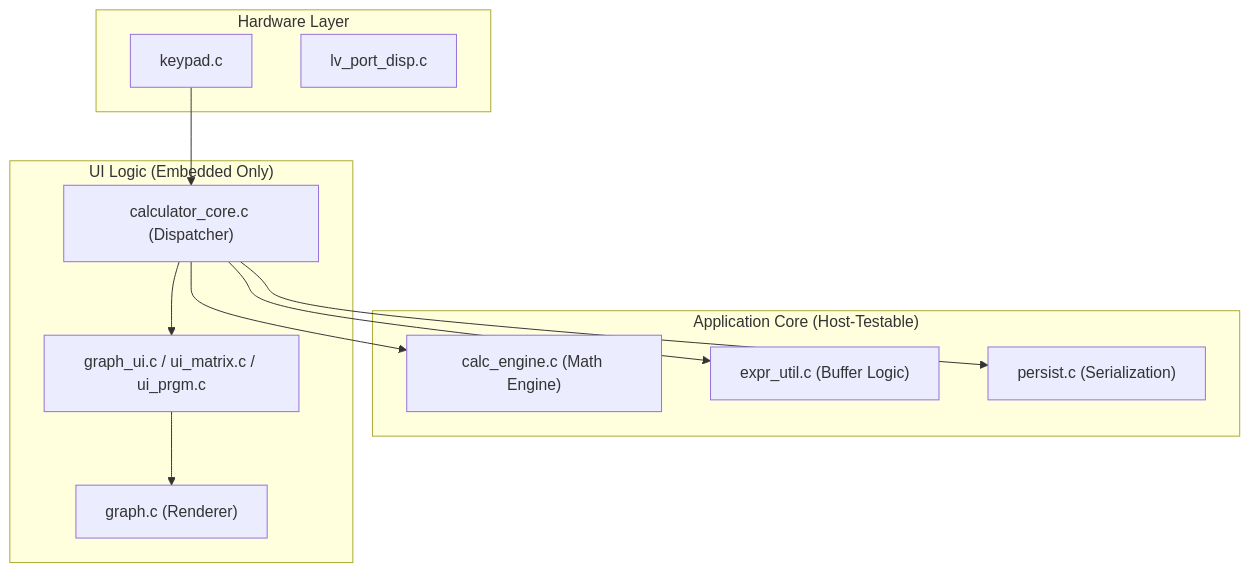
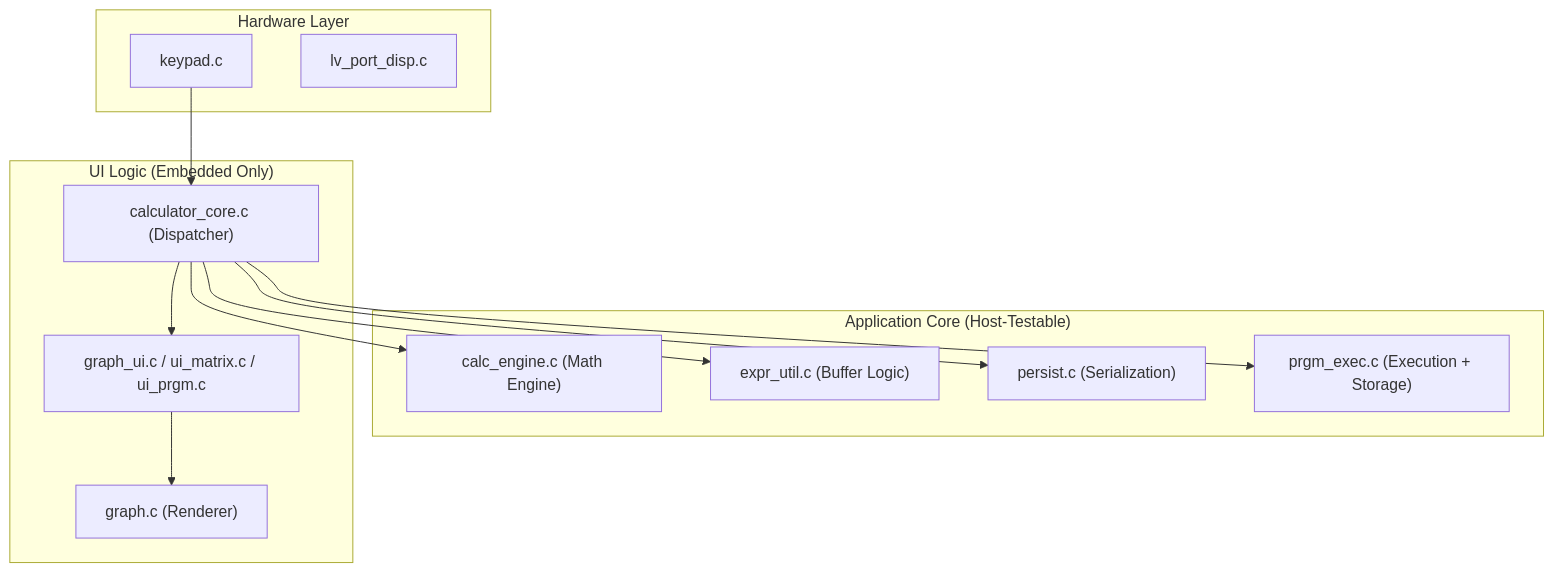
The second of 2 diagrams in docs/ARCHITECTURE.md (mndxc/STM32F429-TI81-Calculator), drawn with Mermaid before and after one commit. The commit also changed other lines of this file and 14 other files, not shown here.

````diff
--- a/docs/ARCHITECTURE.md
+++ b/docs/ARCHITECTURE.md
@@ -47,26 +47,28 @@
 ```mermaid
 graph TD
     subgraph "Hardware Layer"
         HW_K["keypad.c"]
         HW_D["lv_port_disp.c"]
     end
 
     subgraph "Application Core (Host-Testable)"
         CE["calc_engine.c (Math Engine)"]
         EU["expr_util.c (Buffer Logic)"]
         PE["persist.c (Serialization)"]
+        PRE["prgm_exec.c (Execution + Storage)"]
     end
 
     subgraph "UI Logic (Embedded Only)"
         CC["calculator_core.c (Dispatcher)"]
         GUI["graph_ui.c / ui_matrix.c / ui_prgm.c"]
         G["graph.c (Renderer)"]
     end
 
     HW_K --> CC
     CC --> GUI
     CC --> CE
     CC --> EU
     CC --> PE
+    CC --> PRE
     GUI --> G
 ```
````
